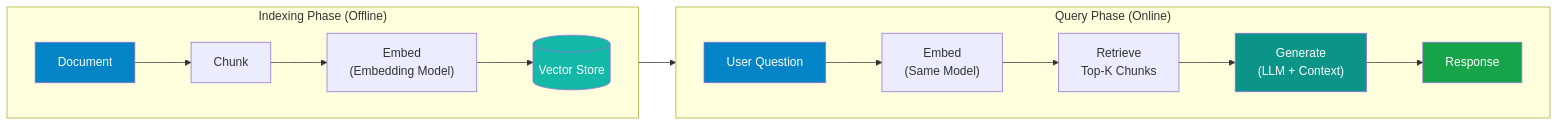
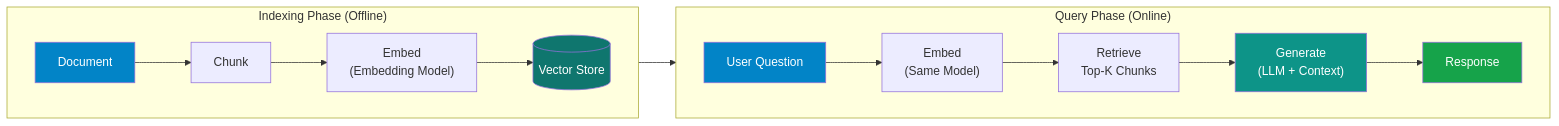
One commit to nitin27may/ai-resources changed the diagram in docs/rag/rag-fundamentals.md. Above: the diagram before and after it, drawn with Mermaid. The commit also changed other lines of this file and 84 other files, not shown here.

````diff
--- a/docs/rag/rag-fundamentals.md
+++ b/docs/rag/rag-fundamentals.md
@@ -34,25 +38,25 @@
 ```mermaid
 flowchart LR
     subgraph Index ["Indexing Phase (Offline)"]
         direction LR
         D["Document"] --> C["Chunk"]
-        C --> E["Embed\n(Embedding Model)"]
+        C --> E["Embed<br/>(Embedding Model)"]
         E --> S[("Vector Store")]
     end
 
     subgraph Query ["Query Phase (Online)"]
         direction LR
-        Q["User Question"] --> QE["Embed\n(Same Model)"]
-        QE --> R["Retrieve\nTop-K Chunks"]
-        R --> G["Generate\n(LLM + Context)"]
+        Q["User Question"] --> QE["Embed<br/>(Same Model)"]
+        QE --> R["Retrieve<br/>Top-K Chunks"]
+        R --> G["Generate<br/>(LLM + Context)"]
         G --> RS["Response"]
     end
 
     S --> R
 
     style D fill:#0284c7,color:#fff
-    style S fill:#14b8a6,color:#fff
+    style S fill:#0f766e,color:#fff
     style G fill:#0d9488,color:#fff
     style RS fill:#16a34a,color:#fff
     style Q fill:#0284c7,color:#fff
 ```
````
